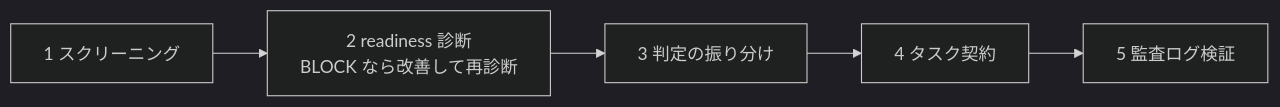
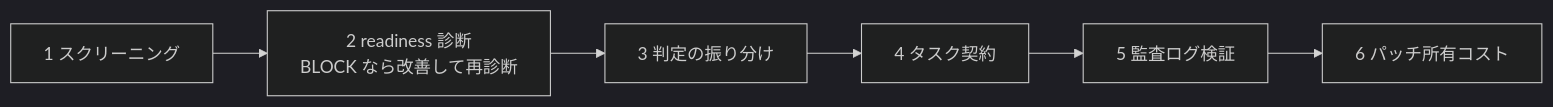
The diagram in README.ja.md (suwa-sh/ai-delegation-readiness), drawn with Mermaid (dark theme) before and after one commit. The commit also changed other lines of this file and 35 other files, not shown here.

````diff
--- a/README.ja.md
+++ b/README.ja.md
@@ -35,7 +36,8 @@
 ```mermaid
 flowchart LR
     s1["1 スクリーニング"] --> s2["2 readiness 診断<br/>BLOCK なら改善して再診断"]
     s2 --> s3["3 判定の振り分け"]
     s3 --> s4["4 タスク契約"]
     s4 --> s5["5 監査ログ検証"]
+    s5 --> s6["6 パッチ所有コスト"]
 ```
````
